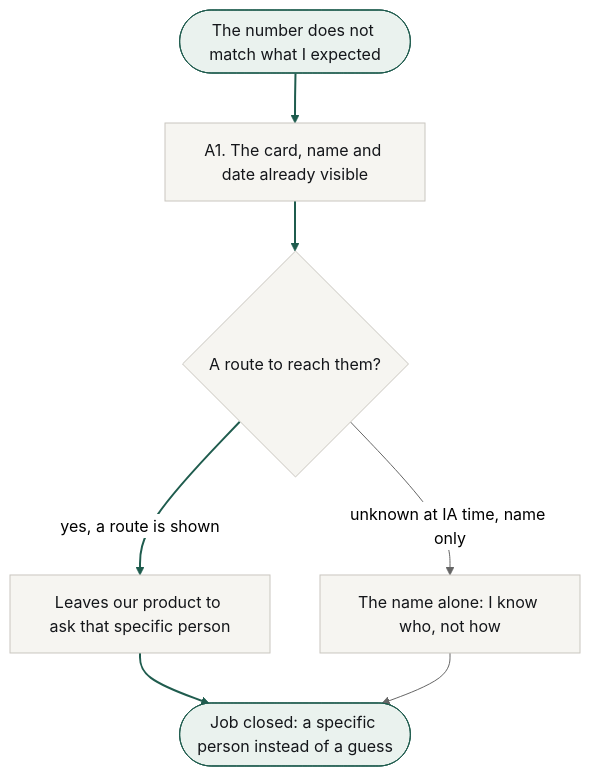
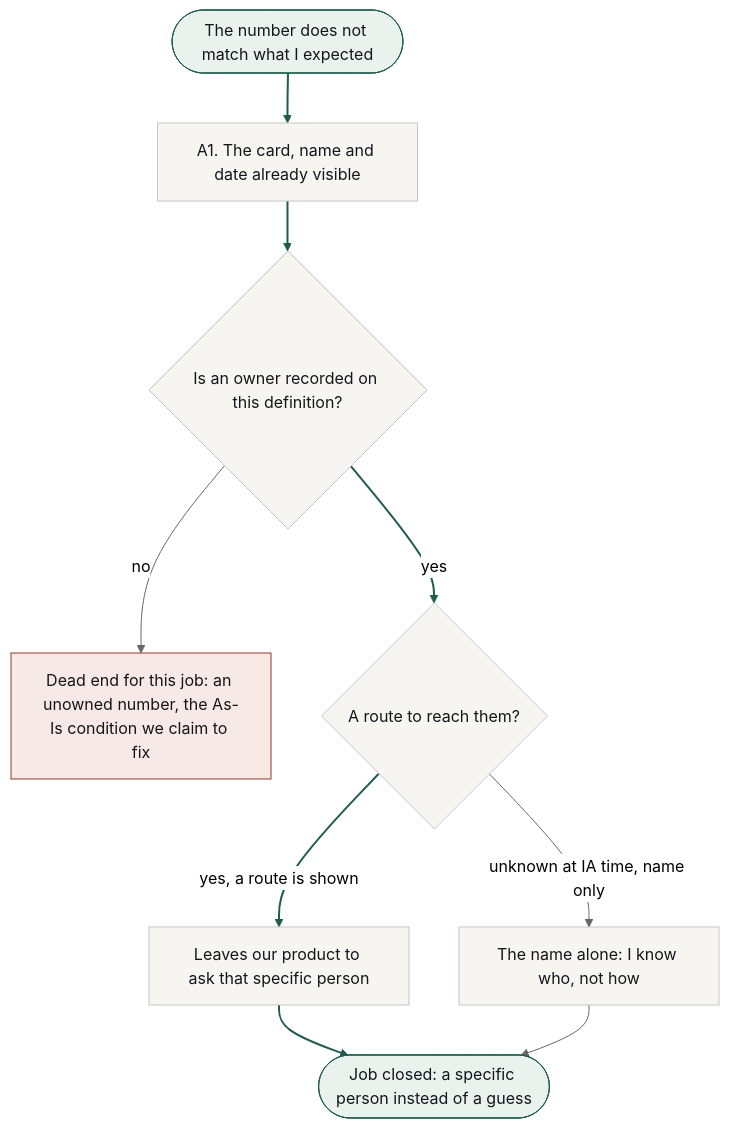
The second of 4 diagrams in ia/docs/flows.md (sergiodesign4u-dot/plumb), drawn with Mermaid (neutral theme) before and after one commit. The commit also changed other lines of this file and 5 other files, not shown here.

````diff
--- a/ia/docs/flows.md
+++ b/ia/docs/flows.md
@@ -59,16 +64,19 @@
 ```mermaid
 flowchart TD
     S2(["The number does not match what I expected"]) --> C2a["A1. The card, name and date already visible"]
-    C2a --> Route{"A route to reach them?"}
+    C2a --> Has{"Is an owner recorded on this definition?"}
+    Has -->|no| NoOwn["Dead end for this job: an unowned number, the As-Is condition we claim to fix"]
+    Has -->|yes| Route{"A route to reach them?"}
     Route -->|"yes, a route is shown"| Ask["Leaves our product to ask that specific person"]
     Route -->|"unknown at IA time, name only"| Name["The name alone: I know who, not how"]
     Ask --> W2(["Job closed: a specific person instead of a guess"])
     Name --> W2
 
     classDef success fill:#eaf2ee,stroke:#1f5c4e,color:#14161a;
     classDef dead fill:#f7e9e6,stroke:#8c3b2e,color:#14161a;
     classDef neutral fill:#f6f5f1,stroke:#c9c6bf,color:#14161a;
     class S2,W2 success;
-    class C2a,Route,Ask,Name neutral;
-    linkStyle 0,1,2,4 stroke:#1f5c4e,stroke-width:2px;
+    class NoOwn dead;
+    class C2a,Has,Route,Ask,Name neutral;
+    linkStyle 0,1,3,4,6 stroke:#1f5c4e,stroke-width:2px;
 ```
````
